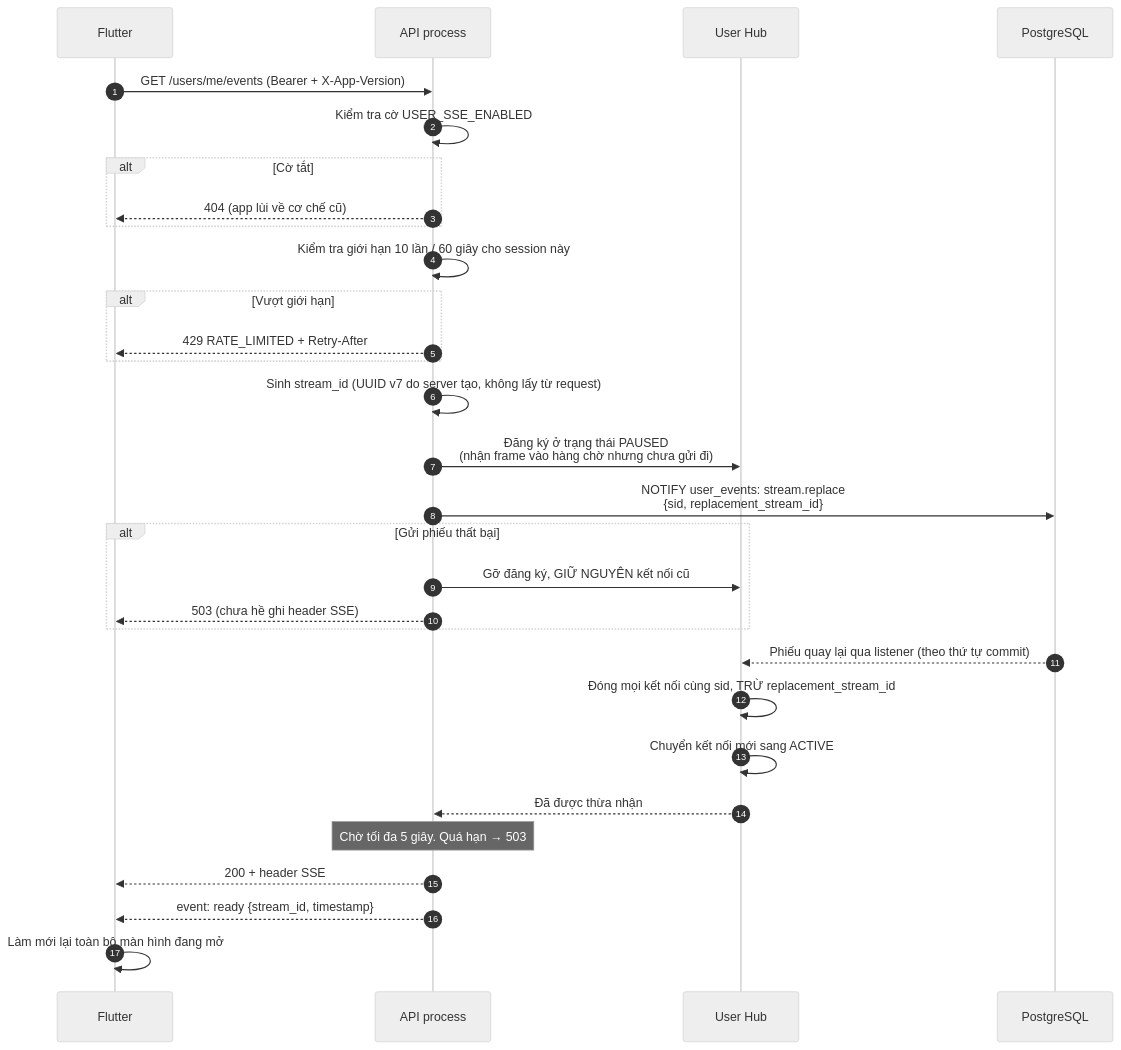
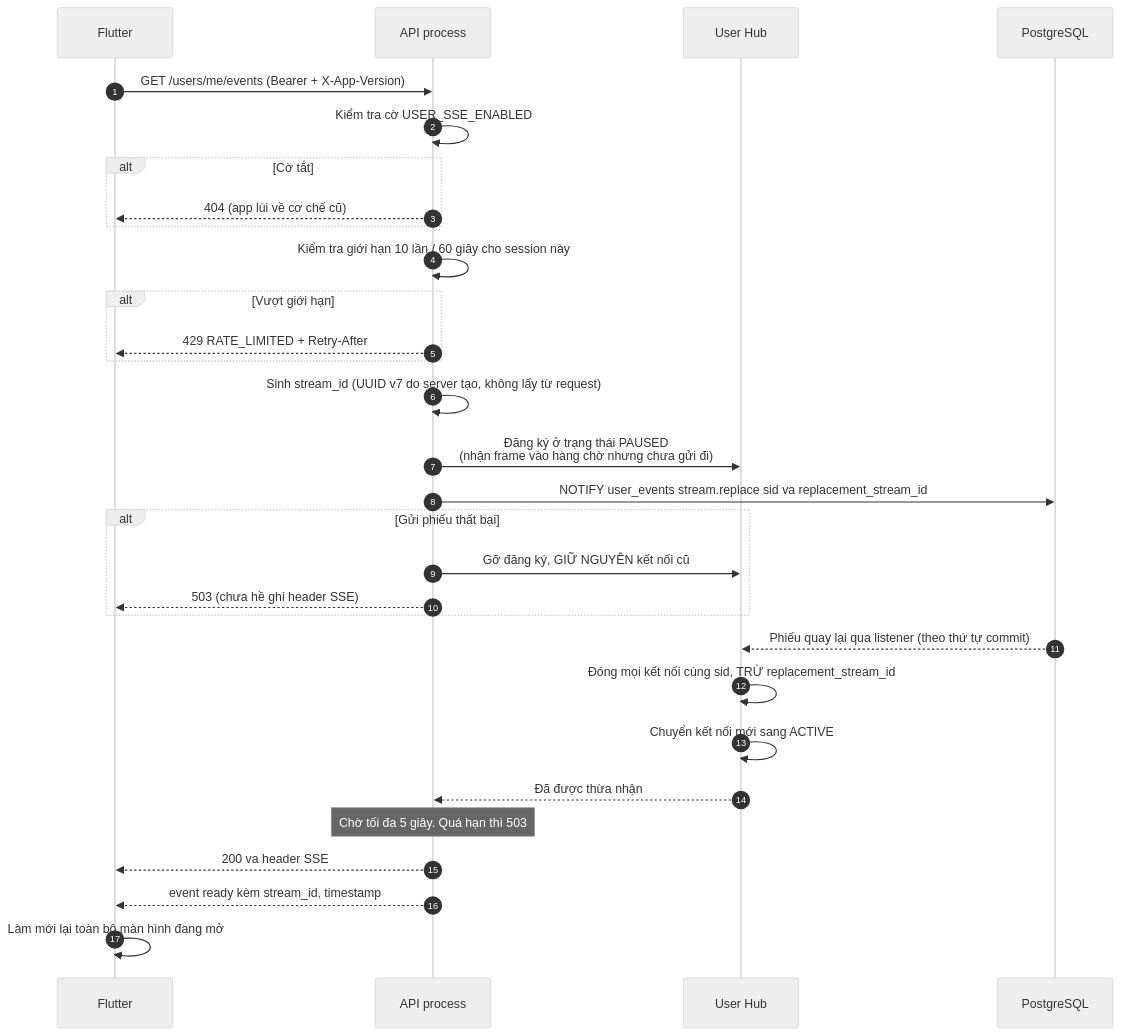
One commit to FintechVSF-Tranning/PaySplit-RP changed the third of 9 diagrams in flow/08-realtime.md. Above: the diagram before and after it, drawn with Mermaid (neutral theme). The commit also changed other lines of this file and 7 other files, not shown here.

First line of the commit message:
Refactor notification flow and admin management documentation

````diff
--- a/flow/08-realtime.md
+++ b/flow/08-realtime.md
@@ -158,33 +174,33 @@
 ```mermaid
 sequenceDiagram
     autonumber
     participant FE as Flutter
     participant API as API process
     participant Hub as User Hub
     participant PG as PostgreSQL
 
     FE->>API: GET /users/me/events (Bearer + X-App-Version)
     API->>API: Kiểm tra cờ USER_SSE_ENABLED
     alt Cờ tắt
         API-->>FE: 404 (app lùi về cơ chế cũ)
     end
     API->>API: Kiểm tra giới hạn 10 lần / 60 giây cho session này
     alt Vượt giới hạn
         API-->>FE: 429 RATE_LIMITED + Retry-After
     end
     API->>API: Sinh stream_id (UUID v7 do server tạo, không lấy từ request)
     API->>Hub: Đăng ký ở trạng thái PAUSED<br/>(nhận frame vào hàng chờ nhưng chưa gửi đi)
-    API->>PG: NOTIFY user_events: stream.replace<br/>{sid, replacement_stream_id}
+    API->>PG: NOTIFY user_events stream.replace sid va replacement_stream_id
     alt Gửi phiếu thất bại
         API->>Hub: Gỡ đăng ký, GIỮ NGUYÊN kết nối cũ
         API-->>FE: 503 (chưa hề ghi header SSE)
     end
     PG-->>Hub: Phiếu quay lại qua listener (theo thứ tự commit)
     Hub->>Hub: Đóng mọi kết nối cùng sid, TRỪ replacement_stream_id
     Hub->>Hub: Chuyển kết nối mới sang ACTIVE
     Hub-->>API: Đã được thừa nhận
-    Note over API: Chờ tối đa 5 giây. Quá hạn → 503
-    API-->>FE: 200 + header SSE
-    API-->>FE: event: ready {stream_id, timestamp}
+    Note over API: Chờ tối đa 5 giây. Quá hạn thì 503
+    API-->>FE: 200 va header SSE
+    API-->>FE: event ready kèm stream_id, timestamp
     FE->>FE: Làm mới lại toàn bộ màn hình đang mở
 ```
````
